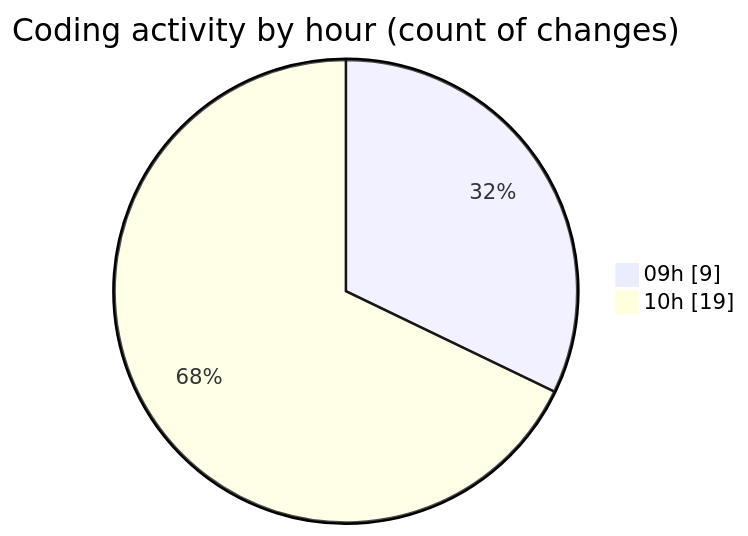
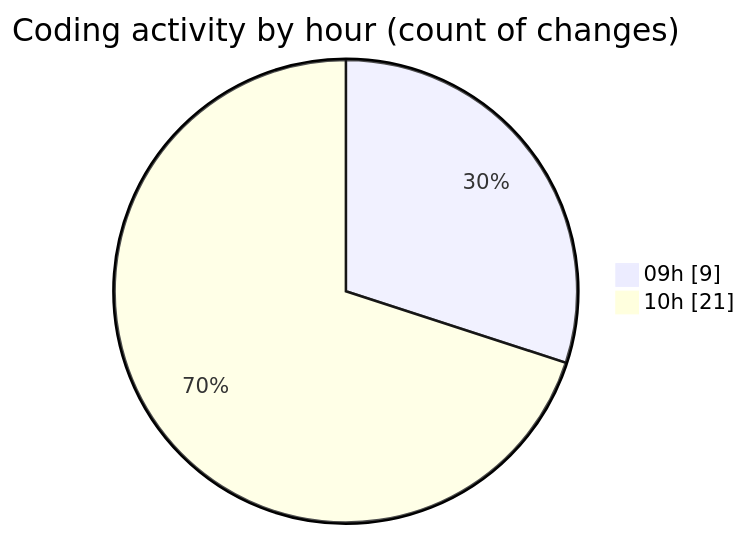
One commit to BS-eng2023/code-tracking changed the second of 2 diagrams in 2025-05-08/react/README.md. Above: the diagram before and after it, drawn with Mermaid. The commit also changed other lines of this file and 1 other file, not shown here.

````diff
--- a/2025-05-08/react/README.md
+++ b/2025-05-08/react/README.md
@@ -37,6 +38,6 @@
 ```mermaid
 pie showData
 title Coding activity by hour (count of changes)
 "09h" : 9
-"10h" : 19
+"10h" : 21
 ```
````
